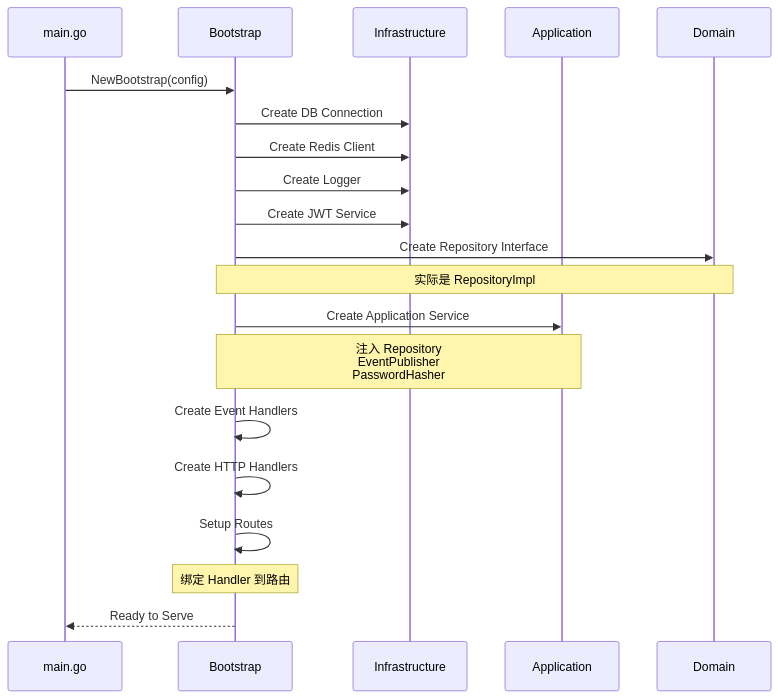
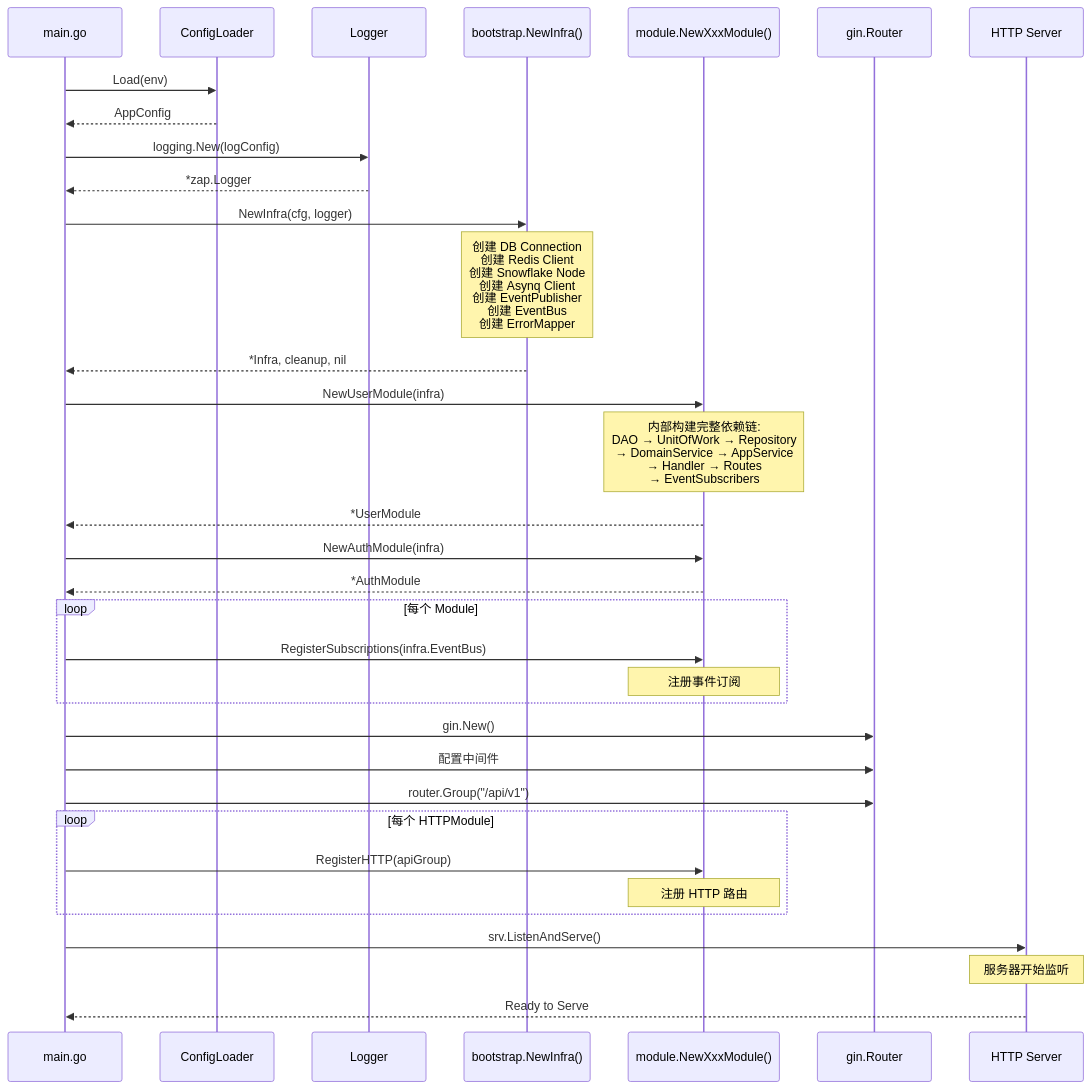
One commit to shenfay/go-ddd-scaffold changed the sixth of 6 diagrams in backend/docs/architecture/ddd-process-diagrams.md. Above: the diagram before and after it, drawn with Mermaid. The commit also changed other lines of this file and 29 other files, not shown here.

````diff
--- a/backend/docs/architecture/ddd-process-diagrams.md
+++ b/backend/docs/architecture/ddd-process-diagrams.md
@@ -192,29 +192,46 @@
 ```mermaid
 sequenceDiagram
     participant Main as main.go
-    participant Boot as Bootstrap
-    participant Infra as Infrastructure
-    participant App as Application
-    participant Domain as Domain
+    participant Config as ConfigLoader
+    participant Logger as Logger
+    participant Infra as bootstrap.NewInfra()
+    participant Module as module.NewXxxModule()
+    participant Router as gin.Router
+    participant Server as HTTP Server
     
-    Main->>Boot: NewBootstrap(config)
+    Main->>Config: Load(env)
+    Config-->>Main: AppConfig
     
-    Boot->>Infra: Create DB Connection
-    Boot->>Infra: Create Redis Client
-    Boot->>Infra: Create Logger
-    Boot->>Infra: Create JWT Service
+    Main->>Logger: logging.New(logConfig)
+    Logger-->>Main: *zap.Logger
     
-    Boot->>Domain: Create Repository Interface
-    Note over Boot,Domain: 实际是 RepositoryImpl
+    Main->>Infra: NewInfra(cfg, logger)
+    Note over Infra: 创建 DB Connection<br/>创建 Redis Client<br/>创建 Snowflake Node<br/>创建 Asynq Client<br/>创建 EventPublisher<br/>创建 EventBus<br/>创建 ErrorMapper
+    Infra-->>Main: *Infra, cleanup, nil
     
-    Boot->>App: Create Application Service
-    Note over Boot,App: 注入 Repository<br/>EventPublisher<br/>PasswordHasher
+    Main->>Module: NewUserModule(infra)
+    Note over Module: 内部构建完整依赖链:<br/>DAO → UnitOfWork → Repository<br/>→ DomainService → AppService<br/>→ Handler → Routes<br/>→ EventSubscribers
+    Module-->>Main: *UserModule
     
-    Boot->>Boot: Create Event Handlers
-    Boot->>Boot: Create HTTP Handlers
+    Main->>Module: NewAuthModule(infra)
+    Module-->>Main: *AuthModule
     
-    Boot->>Boot: Setup Routes
-    Note over Boot,Boot: 绑定 Handler 到路由
+    loop 每个 Module
+        Main->>Module: RegisterSubscriptions(infra.EventBus)
+        Note over Module: 注册事件订阅
+    end
     
-    Boot-->>Main: Ready to Serve
+    Main->>Router: gin.New()
+    Main->>Router: 配置中间件
+    Main->>Router: router.Group("/api/v1")
+    
+    loop 每个 HTTPModule
+        Main->>Module: RegisterHTTP(apiGroup)
+        Note over Module: 注册 HTTP 路由
+    end
+    
+    Main->>Server: srv.ListenAndServe()
+    Note over Server: 服务器开始监听
+    
+    Server-->>Main: Ready to Serve
 ```
````
